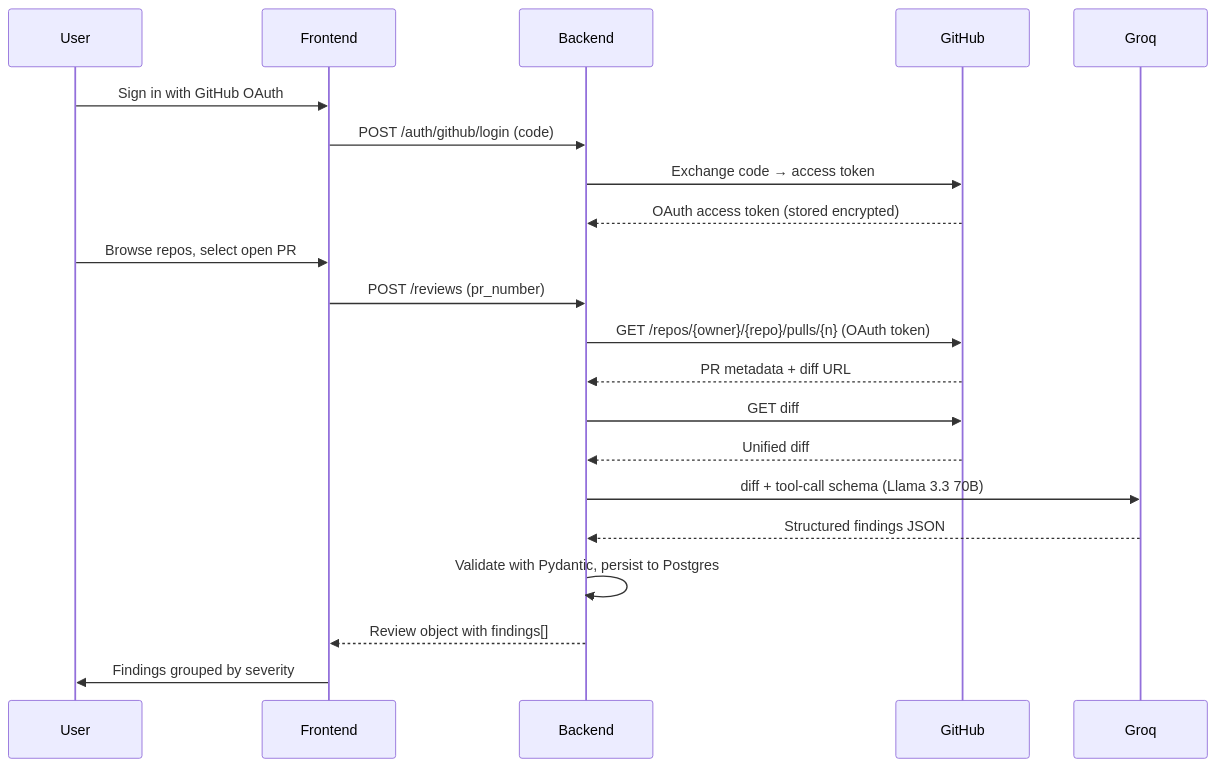
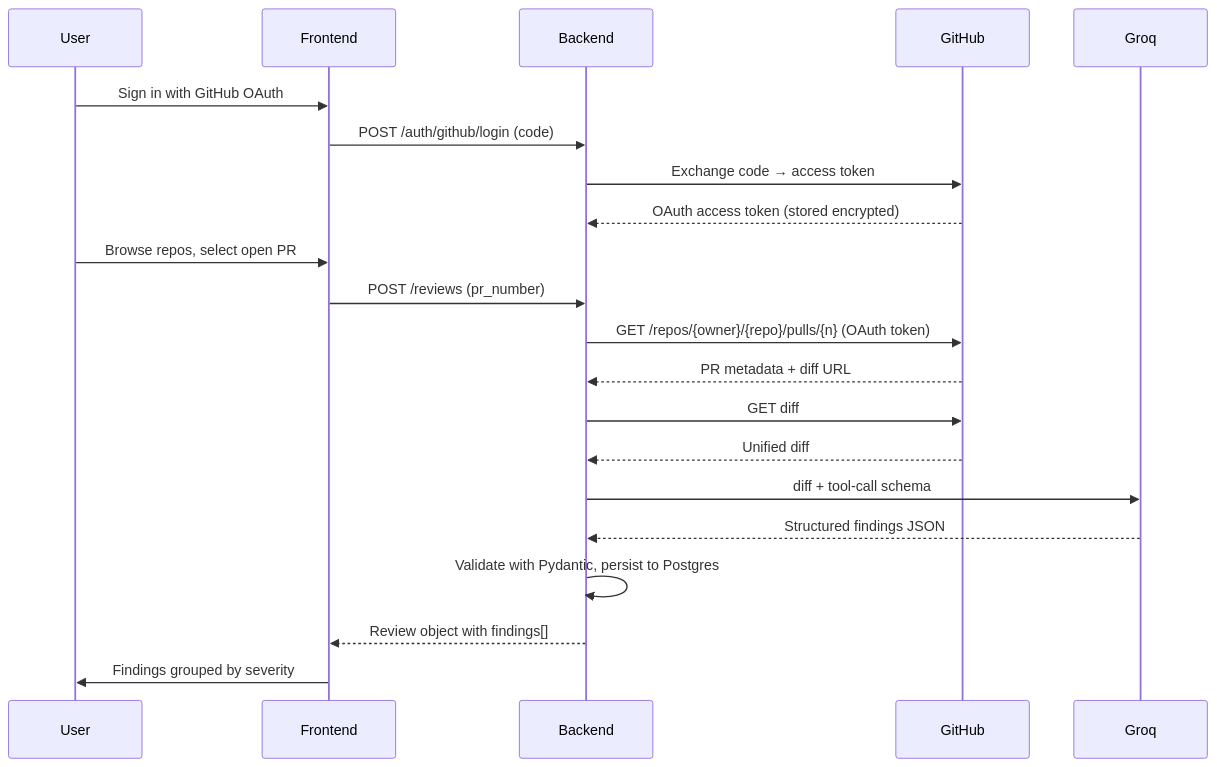
One commit to ApparentlyTejas/ReviewLenzAI changed the diagram in README.md. Above: the diagram before and after it, drawn with Mermaid. The commit also changed other lines of this file and 1 other file, not shown here.

````diff
--- a/README.md
+++ b/README.md
@@ -29,24 +29,24 @@
 ```mermaid
 sequenceDiagram
     participant User
     participant Frontend
     participant Backend
     participant GitHub
     participant Groq
 
     User->>Frontend: Sign in with GitHub OAuth
     Frontend->>Backend: POST /auth/github/login (code)
     Backend->>GitHub: Exchange code → access token
     GitHub-->>Backend: OAuth access token (stored encrypted)
     User->>Frontend: Browse repos, select open PR
     Frontend->>Backend: POST /reviews (pr_number)
     Backend->>GitHub: GET /repos/{owner}/{repo}/pulls/{n} (OAuth token)
     GitHub-->>Backend: PR metadata + diff URL
     Backend->>GitHub: GET diff
     GitHub-->>Backend: Unified diff
-    Backend->>Groq: diff + tool-call schema (Llama 3.3 70B)
+    Backend->>Groq: diff + tool-call schema
     Groq-->>Backend: Structured findings JSON
     Backend->>Backend: Validate with Pydantic, persist to Postgres
     Backend-->>Frontend: Review object with findings[]
     Frontend->>User: Findings grouped by severity
 ```
````
